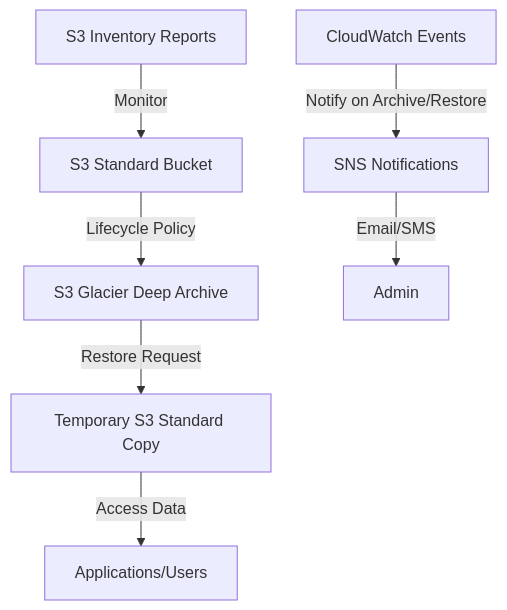
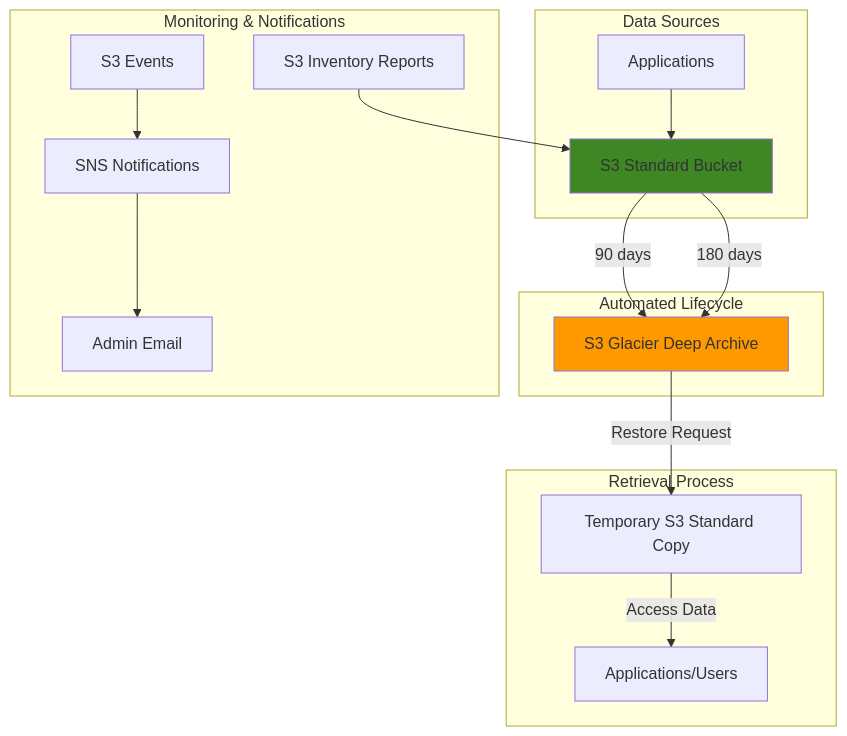
The diagram in aws/s3-glacier-archiving/s3-glacier-archiving.md (mzazon/awesome-cloud-projects), drawn with Mermaid before and after one commit. The commit also changed other lines of this file and 5581 other files, not shown here.

````diff
--- a/aws/s3-glacier-archiving/s3-glacier-archiving.md
+++ b/aws/s3-glacier-archiving/s3-glacier-archiving.md
@@ -30,9 +30,25 @@
 ```mermaid
-graph TD
-    A[S3 Standard Bucket] -->|Lifecycle Policy| B[S3 Glacier Deep Archive]
-    B -->|Restore Request| C[Temporary S3 Standard Copy]
-    C -->|Access Data| D[Applications/Users]
-    E[S3 Inventory Reports] -->|Monitor| A
-    F[CloudWatch Events] -->|Notify on Archive/Restore| G[SNS Notifications]
-    G -->|Email/SMS| H[Admin]
+graph TB
+    subgraph "Data Sources"
+        A[Applications] --> B[S3 Standard Bucket]
+    end
+    
+    subgraph "Automated Lifecycle"
+        B -->|90 days| C[S3 Glacier Deep Archive]
+        B -->|180 days| C
+    end
+    
+    subgraph "Monitoring & Notifications"
+        E[S3 Inventory Reports] --> B
+        F[S3 Events] --> G[SNS Notifications]
+        G --> H[Admin Email]
+    end
+    
+    subgraph "Retrieval Process"
+        C -->|Restore Request| I[Temporary S3 Standard Copy]
+        I -->|Access Data| J[Applications/Users]
+    end
+    
+    style C fill:#FF9900
+    style B fill:#3F8624
 ```
````
